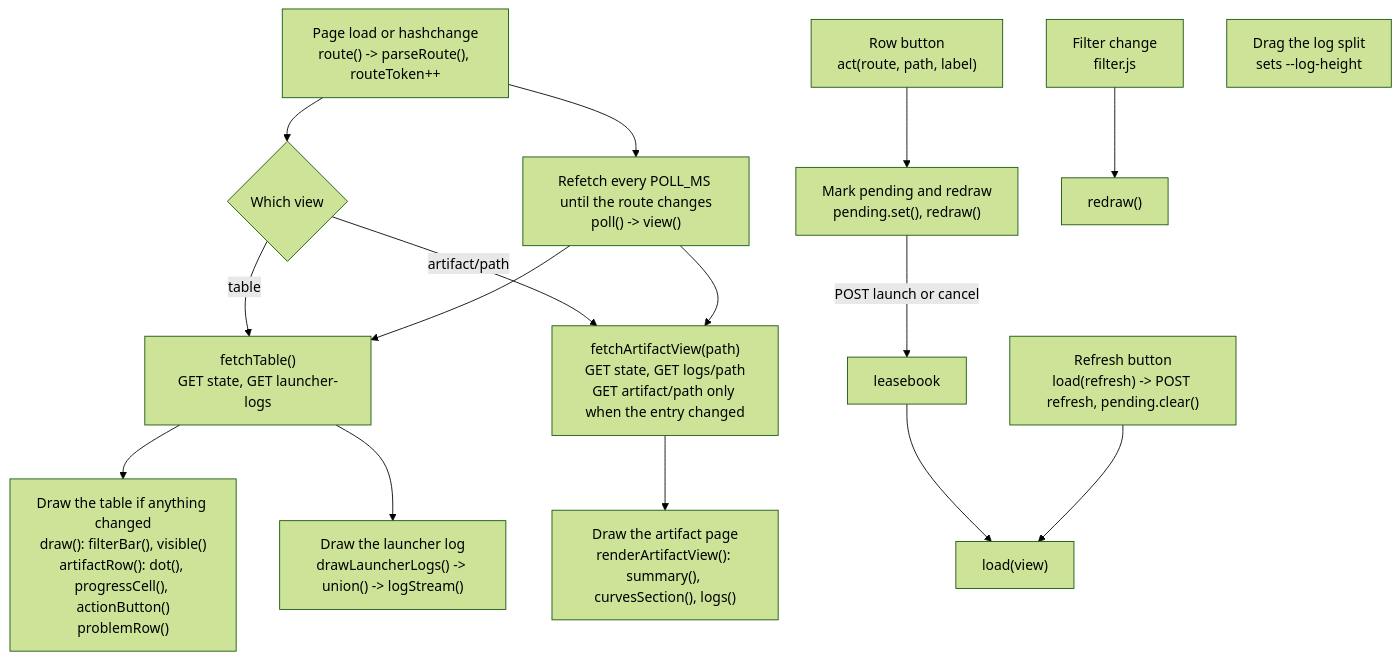
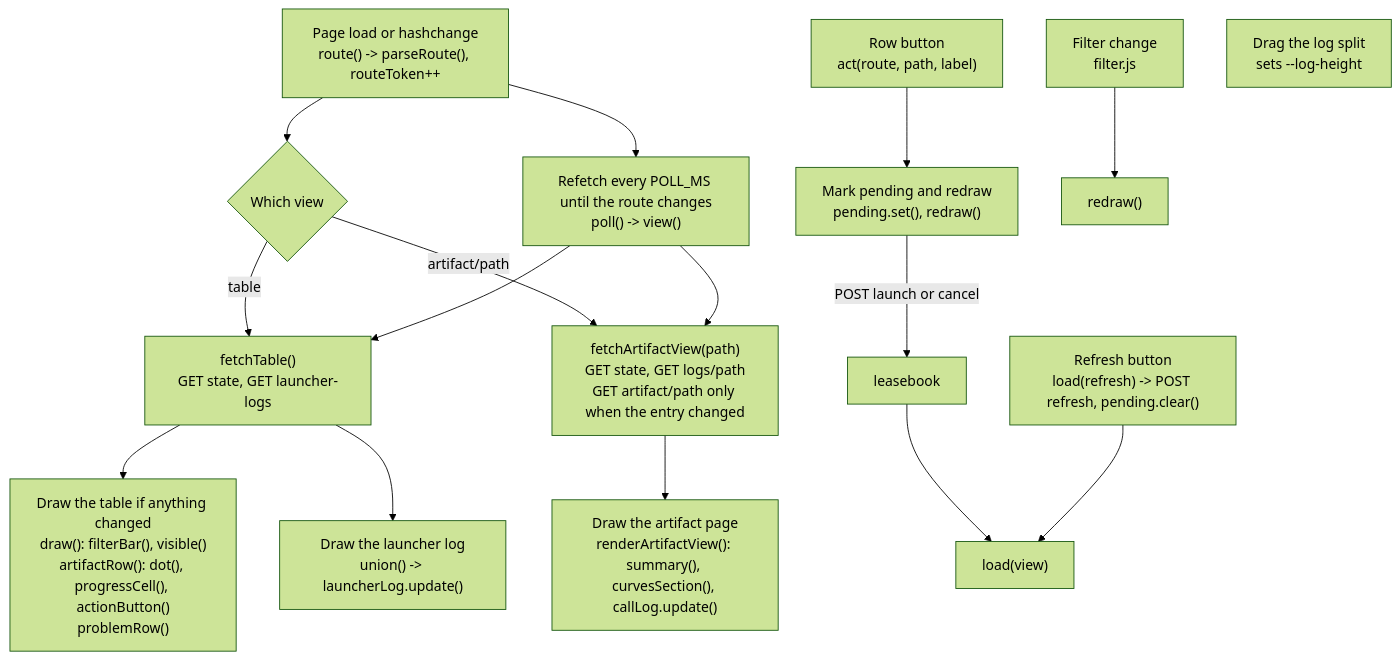
The second of 2 diagrams in docs/dashboard.md (ocanphys/launchpad), drawn with Mermaid (forest theme) before and after one commit. The commit also changed other lines of this file and 4 other files, not shown here.

Commit message:
dashboard: a log view made once that builds only new lines

````diff
--- a/docs/dashboard.md
+++ b/docs/dashboard.md
@@ -75,20 +75,20 @@
 ```mermaid
 flowchart TD
   NAV["Page load or hashchange<br/>route() -> parseRoute(), routeToken++"] --> V{"Which view"}
   V -->|table| FT["fetchTable()<br/>GET state, GET launcher-logs"]
   V -->|"artifact/path"| FA["fetchArtifactView(path)<br/>GET state, GET logs/path<br/>GET artifact/path only when the entry changed"]
   NAV --> POLL["Refetch every POLL_MS until the route changes<br/>poll() -> view()"]
   POLL --> FT
   POLL --> FA
 
   FT --> DRAW["Draw the table if anything changed<br/>draw(): filterBar(), visible()<br/>artifactRow(): dot(), progressCell(), actionButton()<br/>problemRow()"]
-  FT --> LOGS["Draw the launcher log<br/>drawLauncherLogs() -> union() -> logStream()"]
-  FA --> AV["Draw the artifact page<br/>renderArtifactView(): summary(), curvesSection(), logs()"]
+  FT --> LOGS["Draw the launcher log<br/>union() -> launcherLog.update()"]
+  FA --> AV["Draw the artifact page<br/>renderArtifactView(): summary(), curvesSection(), callLog.update()"]
 
   BTN["Row button<br/>act(route, path, label)"] --> PEND["Mark pending and redraw<br/>pending.set(), redraw()"]
   PEND -->|"POST launch or cancel"| SRV["leasebook"]
   SRV --> LD["load(view)"]
   REF["Refresh button<br/>load(refresh) -> POST refresh, pending.clear()"] --> LD
   FLT["Filter change<br/>filter.js"] --> RD["redraw()"]
   SPLIT["Drag the log split<br/>sets --log-height"]
 ```
````
